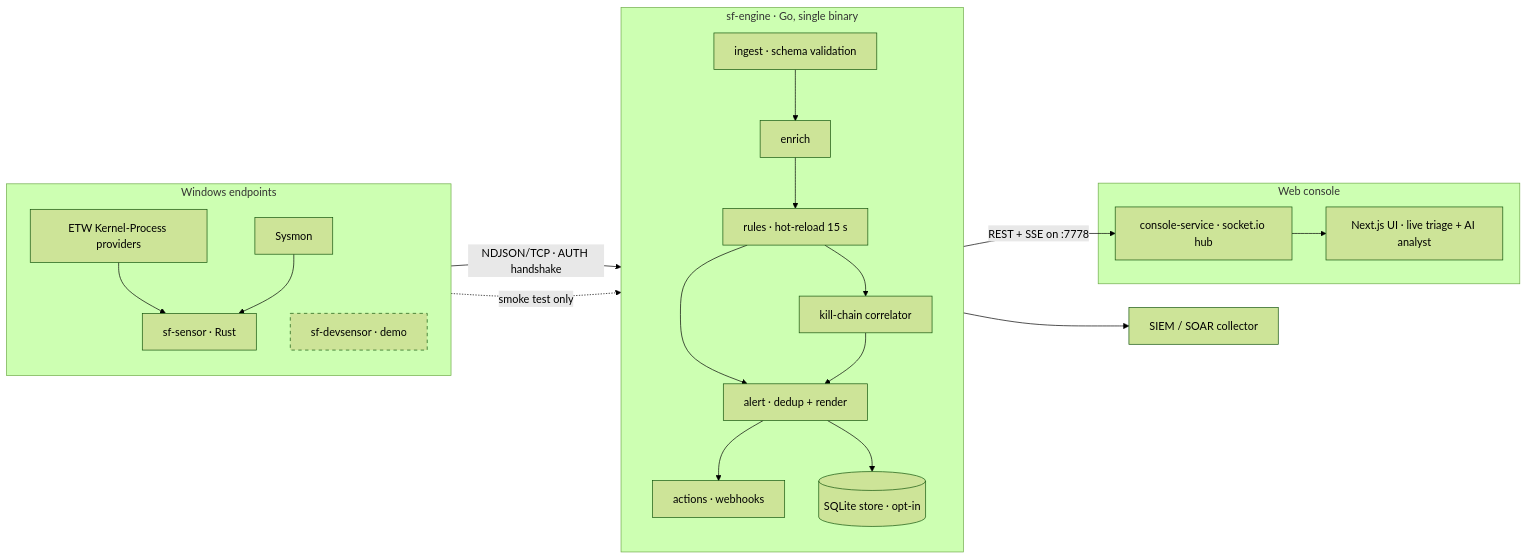
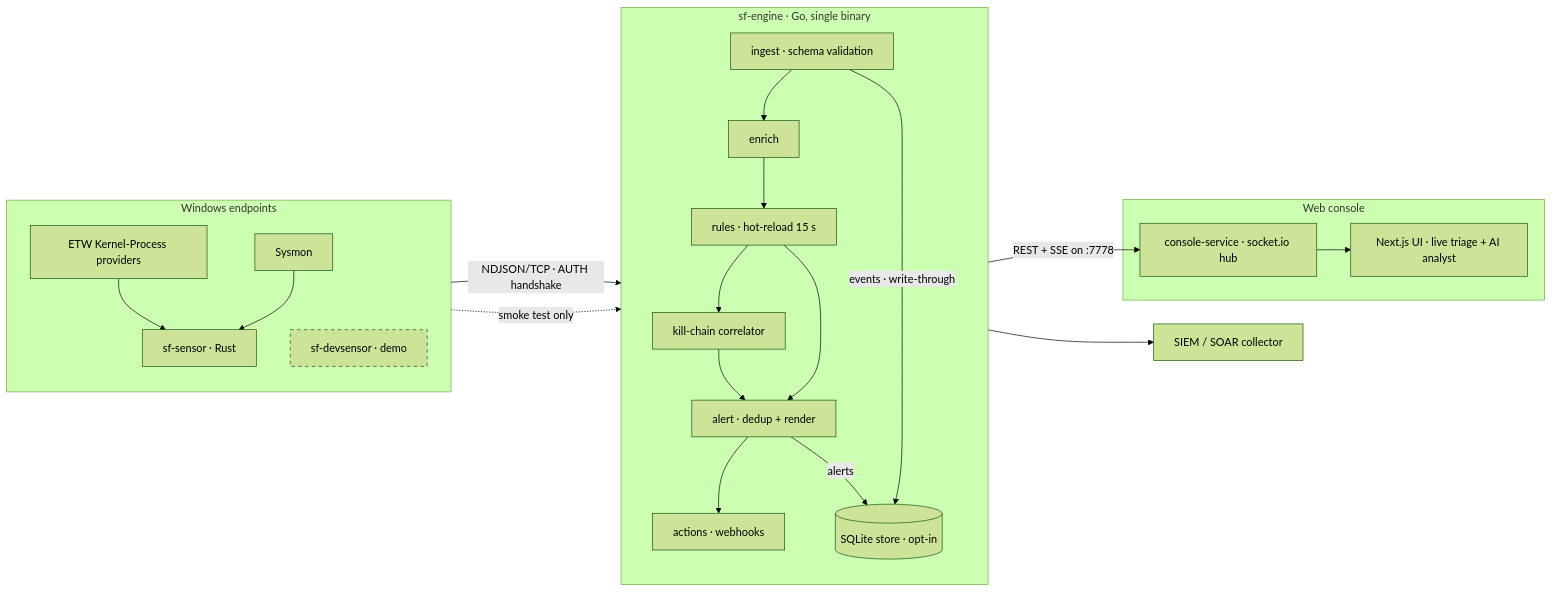
Before and after one commit to Ruby570bocadito/bluetardigrade: the diagram in README.md, drawn with Mermaid (forest theme). The commit also changed other lines of this file and 1 other file, not shown here.

````diff
--- a/README.md
+++ b/README.md
@@ -97,32 +97,33 @@
 ```mermaid
 flowchart LR
     subgraph EP["Windows endpoints"]
         direction TB
         ETW["ETW Kernel-Process providers"] --> RS["sf-sensor · Rust"]
         SYS["Sysmon"] --> RS
         DS["sf-devsensor · demo"]:::demo
     end
 
     RS -- "NDJSON/TCP · AUTH handshake" --> ING
     DS -. "smoke test only" .-> ING
 
     subgraph ENG["sf-engine · Go, single binary"]
         direction TB
         ING["ingest · schema validation"] --> ENR["enrich"]
         ENR --> RUL["rules · hot-reload 15 s"]
         RUL --> COR["kill-chain correlator"]
         RUL --> ALR["alert · dedup + render"]
         COR --> ALR
         ALR --> ACT["actions · webhooks"]
-        ALR --> ST[("SQLite store · opt-in")]
+        ING -- "events · write-through" --> ST[("SQLite store · opt-in")]
+        ALR -- "alerts" --> ST
     end
 
     ACT --> WH["SIEM / SOAR collector"]
     ENG -- "REST + SSE on :7778" --> HUB
 
     subgraph CON["Web console"]
         HUB["console-service · socket.io hub"] --> UI["Next.js UI · live triage + AI analyst"]
     end
 
     classDef demo stroke-dasharray: 5 5;
 ```
````
